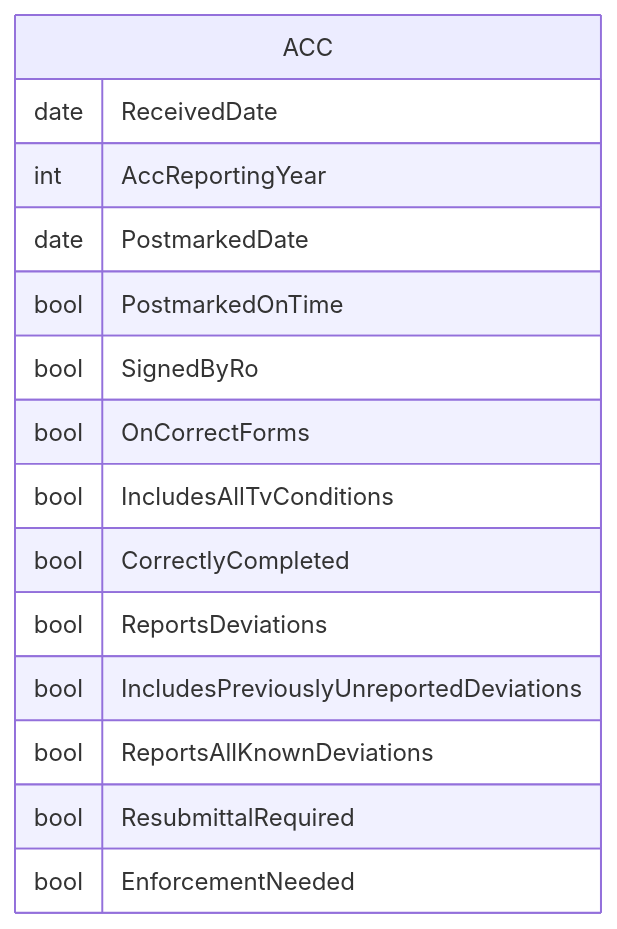
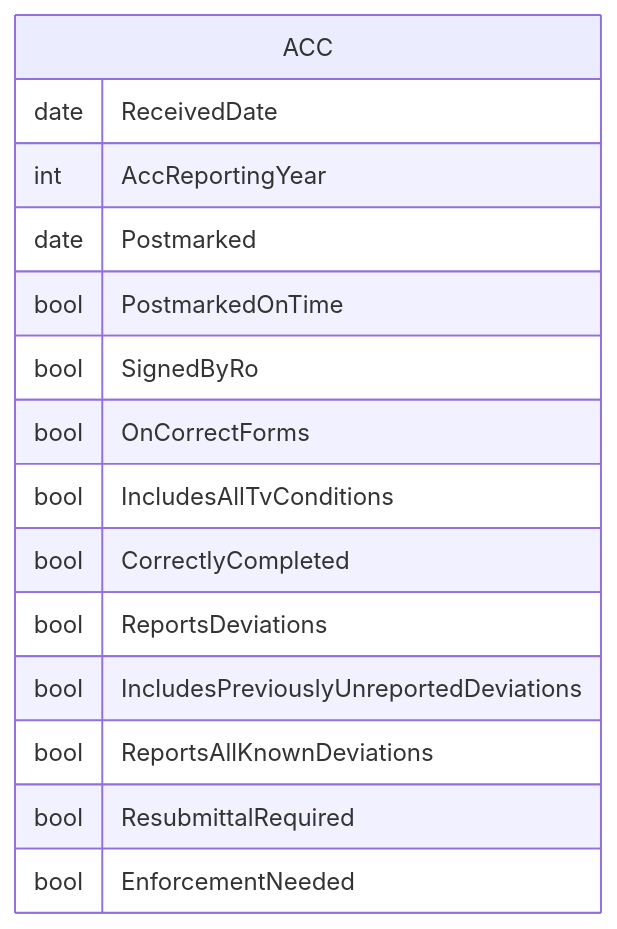
The second of 2 diagrams in docs/Workflows/Work-entries/ACC.md (gaepdit/air-web), drawn with Mermaid before and after one commit. The commit also changed other lines of this file and 21 other files, not shown here.

````diff
--- a/docs/Workflows/Work-entries/ACC.md
+++ b/docs/Workflows/Work-entries/ACC.md
@@ -53,18 +53,18 @@
 ```mermaid
 erDiagram
     ACC {
         date ReceivedDate
         int AccReportingYear
-        date PostmarkedDate
+        date Postmarked
         bool PostmarkedOnTime
         bool SignedByRo
         bool OnCorrectForms
         bool IncludesAllTvConditions
         bool CorrectlyCompleted
         bool ReportsDeviations
         bool IncludesPreviouslyUnreportedDeviations
         bool ReportsAllKnownDeviations
         bool ResubmittalRequired
         bool EnforcementNeeded
     }
 ```
````
